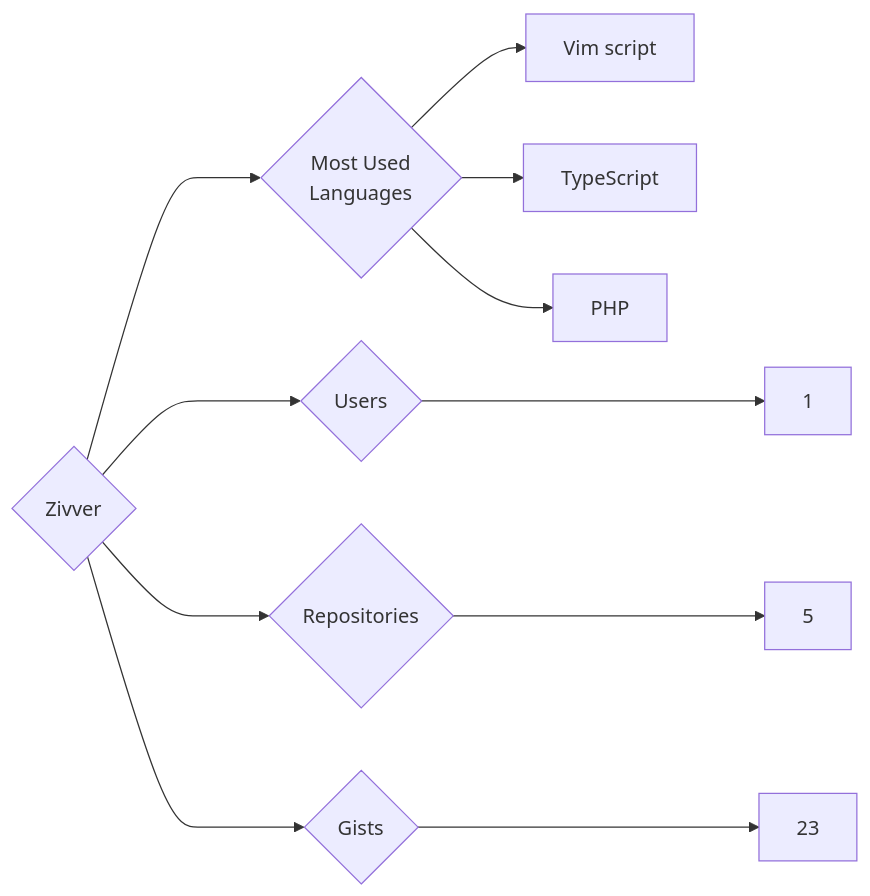
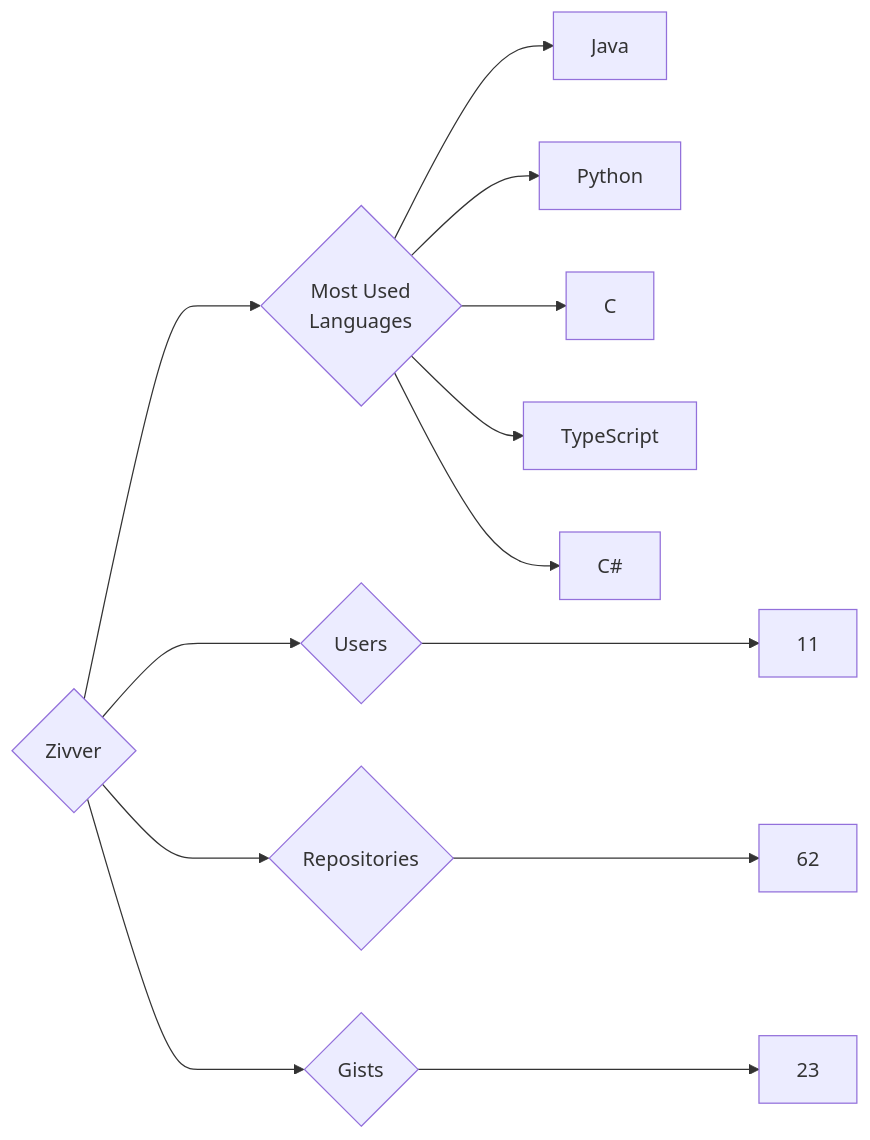
Before and after one commit to trickest/insiders: the diagram in targets/Zivver/README.md, drawn with Mermaid. The commit also changed 681 other files, not shown here.

````diff
--- a/targets/Zivver/README.md
+++ b/targets/Zivver/README.md
@@ -3,11 +3,13 @@
 ```mermaid
 graph LR
 COMPANY_NAME{Zivver}
-COMPANY_NAME ---> U{Users} ---> UN[1]
-COMPANY_NAME ---> R{Repositories} ---> RN[5]
+COMPANY_NAME ---> U{Users} ---> UN[11]
+COMPANY_NAME ---> R{Repositories} ---> RN[62]
 COMPANY_NAME ---> G{Gists} ---> GN[23]
 COMPANY_NAME ---> ML{Most Used<br>Languages}
-ML --> Vim_script[Vim script]
+ML --> Java[Java]
+ML --> Python[Python]
+ML --> C[C]
 ML --> TypeScript[TypeScript]
-ML --> PHP[PHP]
+ML --> C#[C#]
 ```
````
